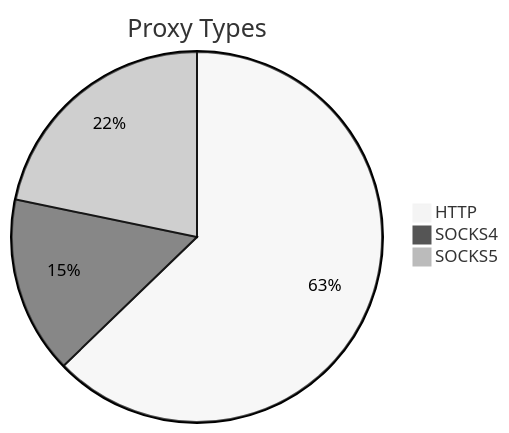
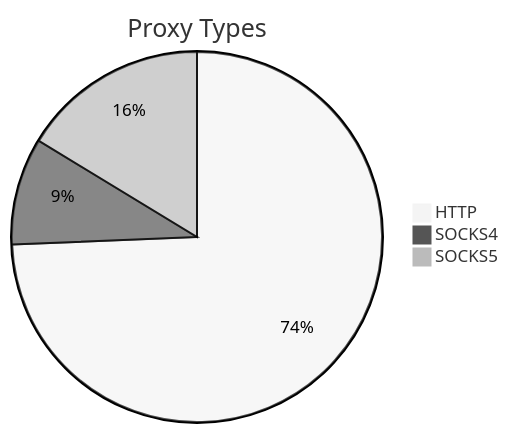
The first of 2 diagrams in README.md (stormsia/proxy-list), drawn with Mermaid (neutral theme) before and after one commit. The commit also changed other lines of this file, not shown here.

````diff
--- a/README.md
+++ b/README.md
@@ -21,6 +21,6 @@
 ```mermaid
 pie title Proxy Types
-    "HTTP" : 280
-    "SOCKS4" : 69
-    "SOCKS5" : 97
+    "HTTP" : 342
+    "SOCKS4" : 43
+    "SOCKS5" : 75
 ```
````
